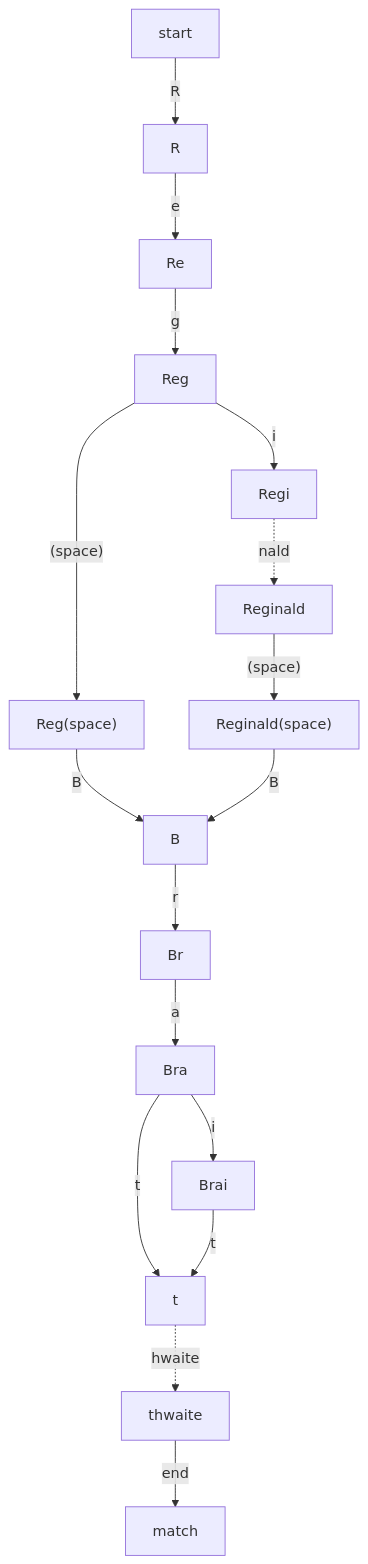
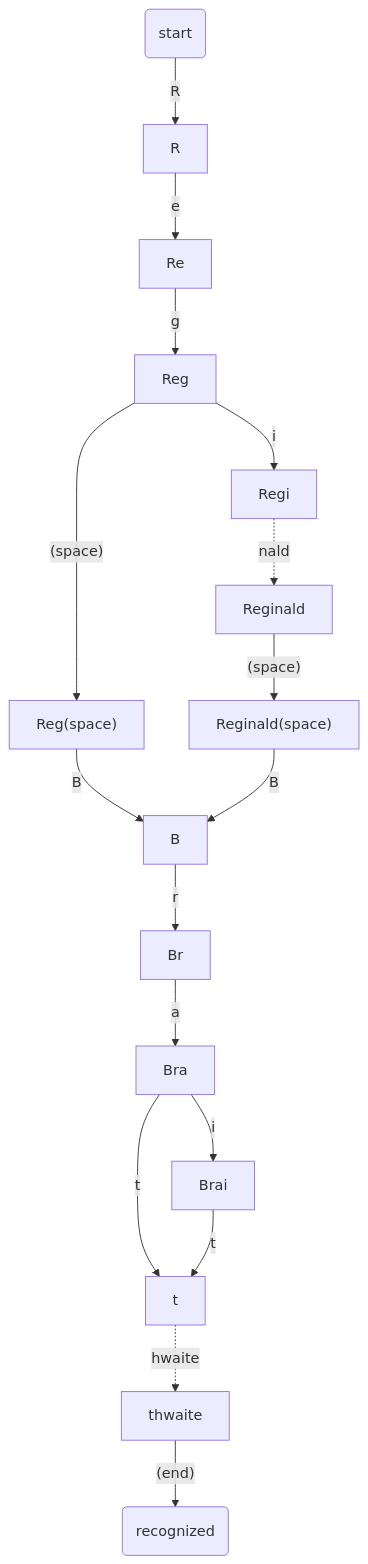
The diagram in _posts/2019-02-09-recursive-regular-expressions-nondeterminism.md (raganwald/raganwald.github.com), drawn with Mermaid before and after one commit.

```diff
--- a/_posts/2019-02-09-recursive-regular-expressions-nondeterminism.md
+++ b/_posts/2019-02-09-recursive-regular-expressions-nondeterminism.md
@@ -31,20 +31,20 @@
 <div class="mermaid">
   graph TD
-    start-->|R|R
+    start(start)-->|R|R
     R-->|e|Re
     Re-->|g|Reg
     Reg-->|i|Regi
     Reg-->|"(space)"|RegSpace["Reg(space)"]
     RegSpace-->|B|B
     Regi-.->|nald|Reginald
     Reginald-->|"(space)"|ReginaldSpace["Reginald(space)"]
     ReginaldSpace-->|B|B
 
     B-->|r|Br
     Br-->|a|Bra
     Bra-->|i|Brai
     Bra-->|t|t
     Brai-->|t|t
     t-.->|hwaite|thwaite
-    thwaite-->|"end"|match;
+    thwaite-->|"(end)"|recognized(recognized);
 </div>
```
